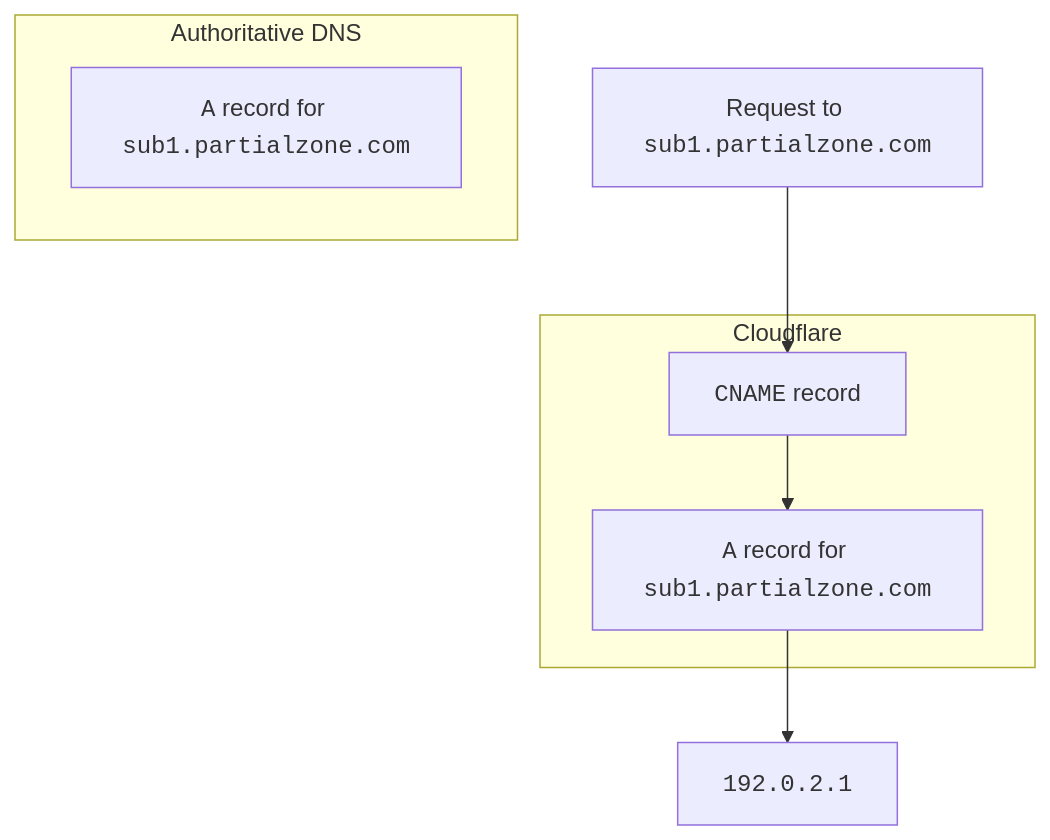
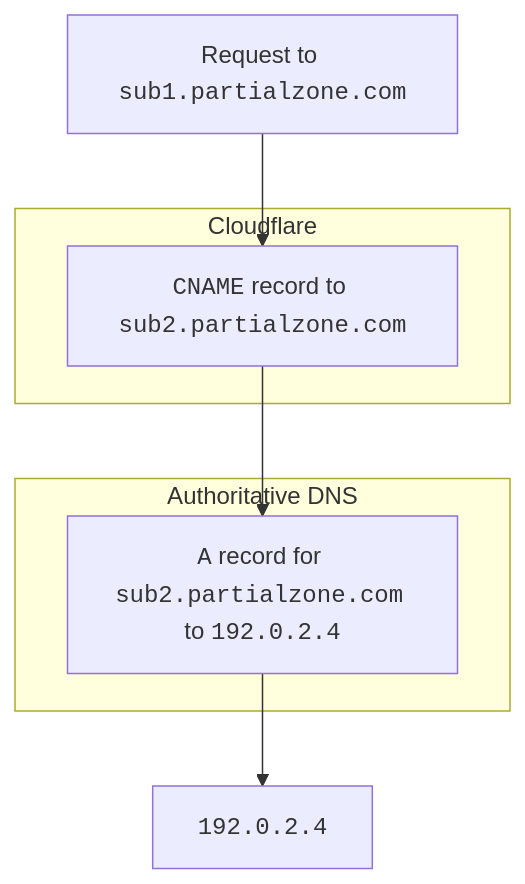
The second of 2 diagrams in content/dns/manage-dns-records/troubleshooting/partial-zone-records.md (cloudflare/cloudflare-docs), drawn with Mermaid before and after one commit. The commit also changed other lines of this file, not shown here.

Commit message:
Updated diagrams

```diff
--- a/content/dns/manage-dns-records/troubleshooting/partial-zone-records.md
+++ b/content/dns/manage-dns-records/troubleshooting/partial-zone-records.md
@@ -28,12 +46,13 @@
 <div class="mermaid">
     flowchart TD
-      accTitle: DNS resolution flow
-      A[Request to <code>sub1.partialzone.com</code>] --> B[<code>CNAME</code> record]
+      accTitle: DNS resolution flow with CNAME target not in partial zone
+      A[Request to <code>sub1.partialzone.com</code>] --> B[<code>CNAME</code> record to <code>sub2.partialzone.com</code>]
+      B --> C[<code>A</code> record for <code>sub2.partialzone.com</code> to <code>192.0.2.4</code>]
+      C --> D[<code>192.0.2.4</code>]
       subgraph Cloudflare
-        B --> C[<code>A</code> record for <code>sub1.partialzone.com</code>]
+        B
       end
-      C --> D[<code>192.0.2.1</code>]
       subgraph Authoritative DNS
-      E[<code>A</code> record for <code>sub1.partialzone.com</code>]
+        C
       end
 </div>
```
